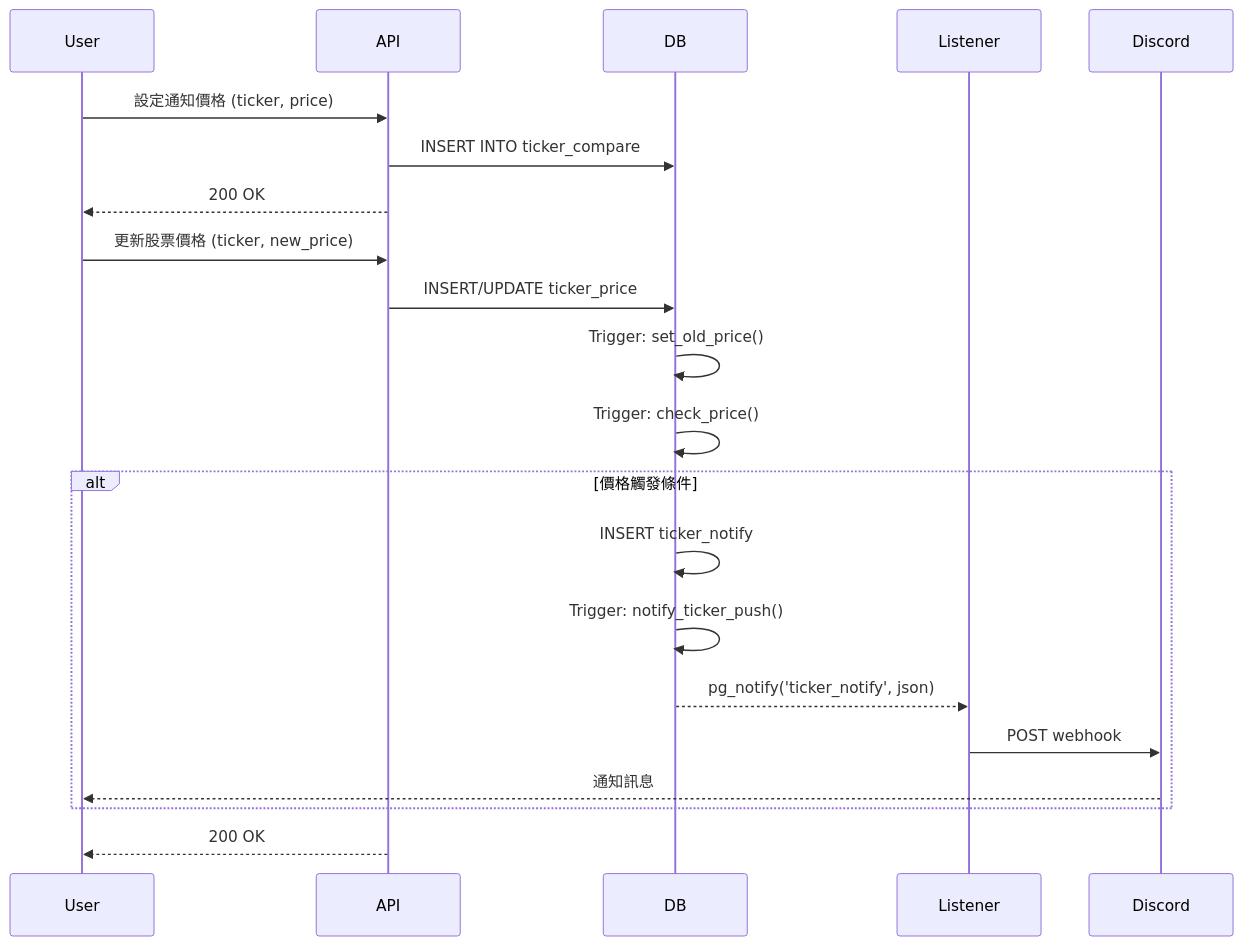
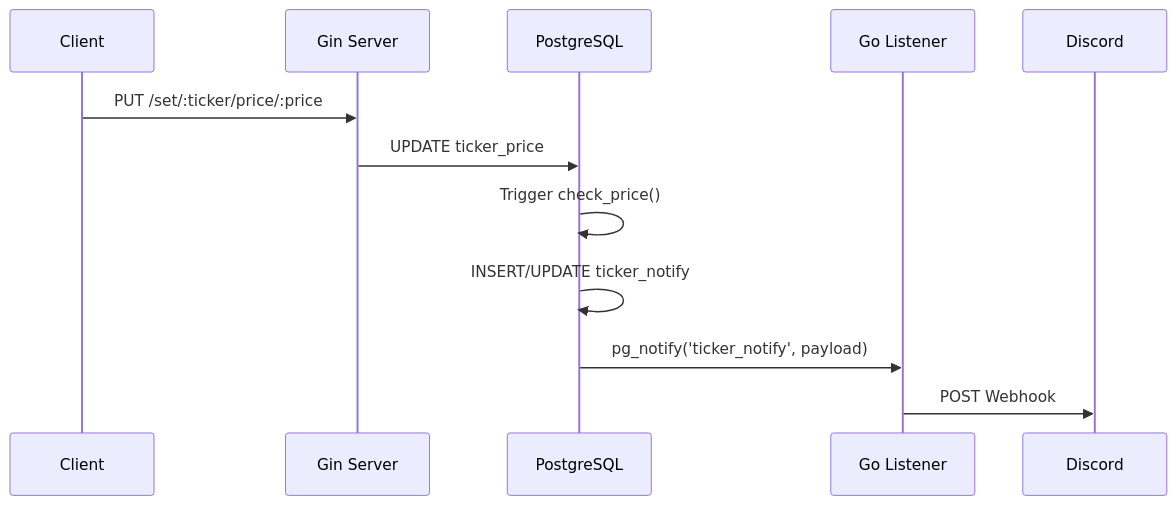
The diagram in README.zh.md (pardnio/go-stock-notification), drawn with Mermaid before and after one commit. The commit also changed other lines of this file and 1 other file, not shown here.

````diff
--- a/README.zh.md
+++ b/README.zh.md
@@ -48,27 +16,15 @@
 ```mermaid
 sequenceDiagram
-    participant User
-    participant API
-    participant DB
-    participant Listener
+    participant Client
+    participant Gin as Gin Server
+    participant PG as PostgreSQL
+    participant App as Go Listener
     participant Discord
 
-    User->>API: 設定通知價格 (ticker, price)
-    API->>DB: INSERT INTO ticker_compare
-    API-->>User: 200 OK
-    
-    User->>API: 更新股票價格 (ticker, new_price)
-    API->>DB: INSERT/UPDATE ticker_price
-    DB->>DB: Trigger: set_old_price()
-    DB->>DB: Trigger: check_price()
-    
-    alt 價格觸發條件
-        DB->>DB: INSERT ticker_notify
-        DB->>DB: Trigger: notify_ticker_push()
-        DB-->>Listener: pg_notify('ticker_notify', json)
-        Listener->>Discord: POST webhook
-        Discord-->>User: 通知訊息
-    end
-    
-    API-->>User: 200 OK
+    Client->>Gin: PUT /set/:ticker/price/:price
+    Gin->>PG: UPDATE ticker_price
+    PG->>PG: Trigger check_price()
+    PG->>PG: INSERT/UPDATE ticker_notify
+    PG->>App: pg_notify('ticker_notify', payload)
+    App->>Discord: POST Webhook
 ```
````
